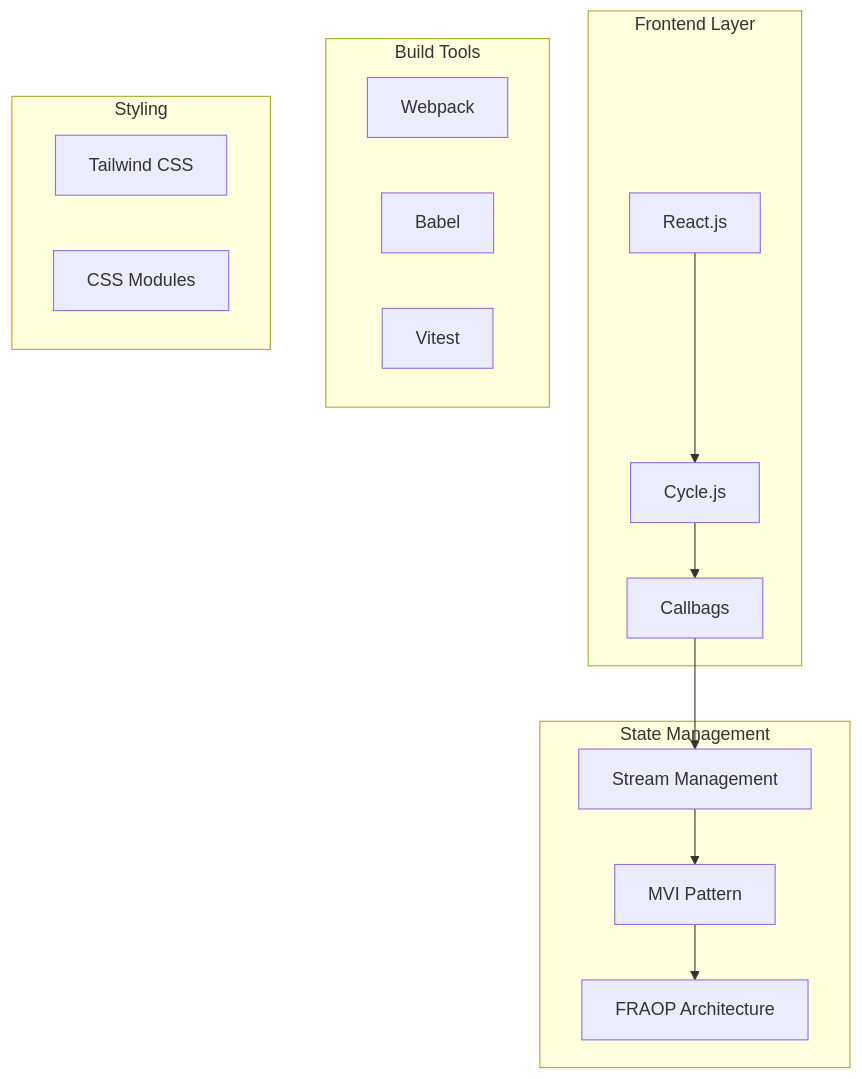
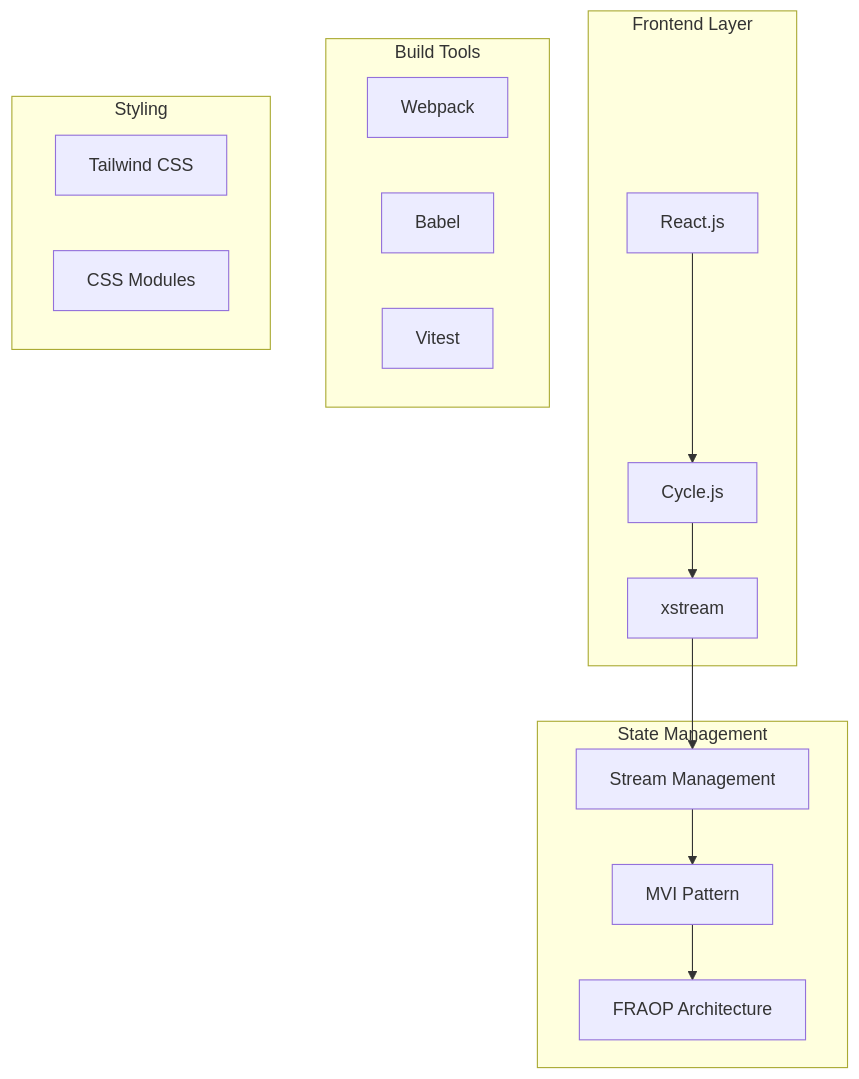
One commit to SpinbitZ/SpinbitZ changed the first of 8 diagrams in site-rebuild/docs/tech-stack.md. Above: the diagram before and after it, drawn with Mermaid. The commit also changed other lines of this file and 12 other files, not shown here.

Commit message:
docs: migrate all documentation and rules from callbags to xstream\n\n- Updated all architecture, tech stack, and implementation docs to reference xstream instead of callbags\n- Updated Cursor rules for xstream\n- Updated TTDD and FRAOP analysis\n- Updated PRD and implementation plan accordingly

````diff
--- a/site-rebuild/docs/tech-stack.md
+++ b/site-rebuild/docs/tech-stack.md
@@ -8,31 +8,31 @@
 ```mermaid
 graph TD
     subgraph "Frontend Layer"
         React[React.js]
         Cycle[Cycle.js]
-        Callbags[Callbags]
+        xstream[xstream]
     end
     
     subgraph "State Management"
         FRAOP[FRAOP Architecture]
         MVI[MVI Pattern]
         Streams[Stream Management]
     end
     
     subgraph "Build Tools"
         Webpack[Webpack]
         Babel[Babel]
         Vitest[Vitest]
     end
     
     subgraph "Styling"
         Tailwind[Tailwind CSS]
         CSSModules[CSS Modules]
     end
     
     React --> Cycle
-    Cycle --> Callbags
-    Callbags --> Streams
+    Cycle --> xstream
+    xstream --> Streams
     Streams --> MVI
     MVI --> FRAOP
 ```
````
